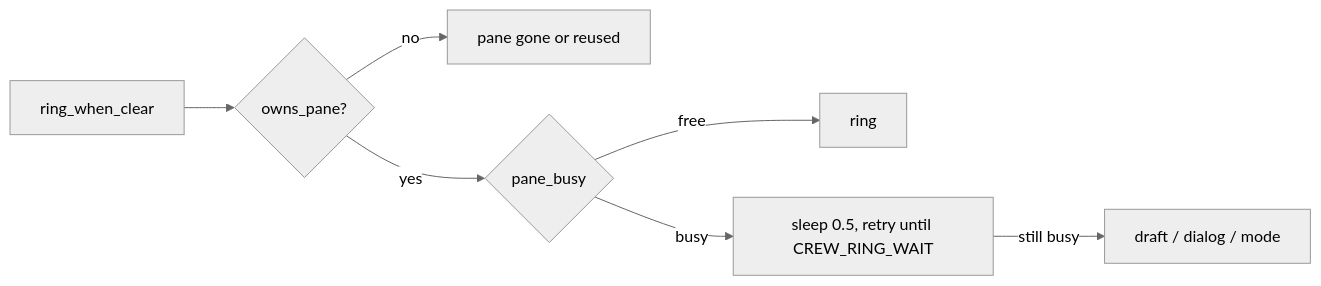
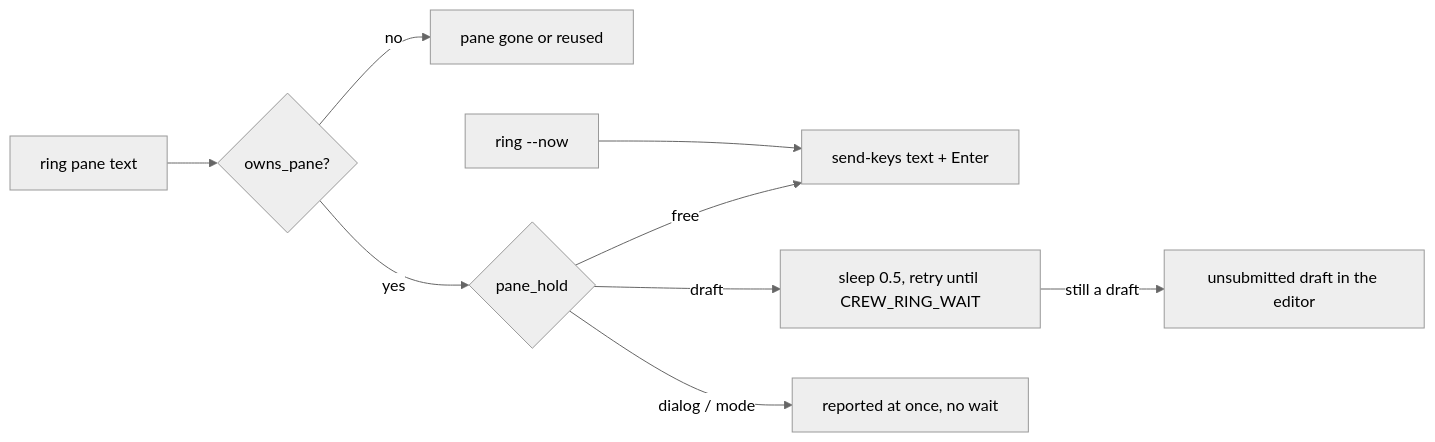
Before and after one commit to mifwar/crew: the second of 3 diagrams in lode/cli/messaging.md, drawn with Mermaid (neutral theme). The commit also changed other lines of this file and 10 other files, not shown here.

First line of the commit message:
crew: fix review findings; extract the pane readers into share/crew/pane.sh

````diff
--- a/lode/cli/messaging.md
+++ b/lode/cli/messaging.md
@@ -69,7 +70,9 @@
 ```mermaid
 flowchart LR
-  rw[ring_when_clear] --> own{owns_pane?}
+  ring[ring pane text] --> own{owns_pane?}
   own -- no --> gone["pane gone or reused"]
-  own -- yes --> pb{pane_busy} -- free --> ring[ring]
-  pb -- busy --> wait["sleep 0.5, retry until CREW_RING_WAIT"] -- "still busy" --> why["draft / dialog / mode"]
+  own -- yes --> ph{pane_hold} -- free --> type["send-keys text + Enter"]
+  ph -- draft --> wait["sleep 0.5, retry until CREW_RING_WAIT"] -- "still a draft" --> why["unsubmitted draft in the editor"]
+  ph -- "dialog / mode" --> why2["reported at once, no wait"]
+  now["ring --now"] --> type
 ```
````
